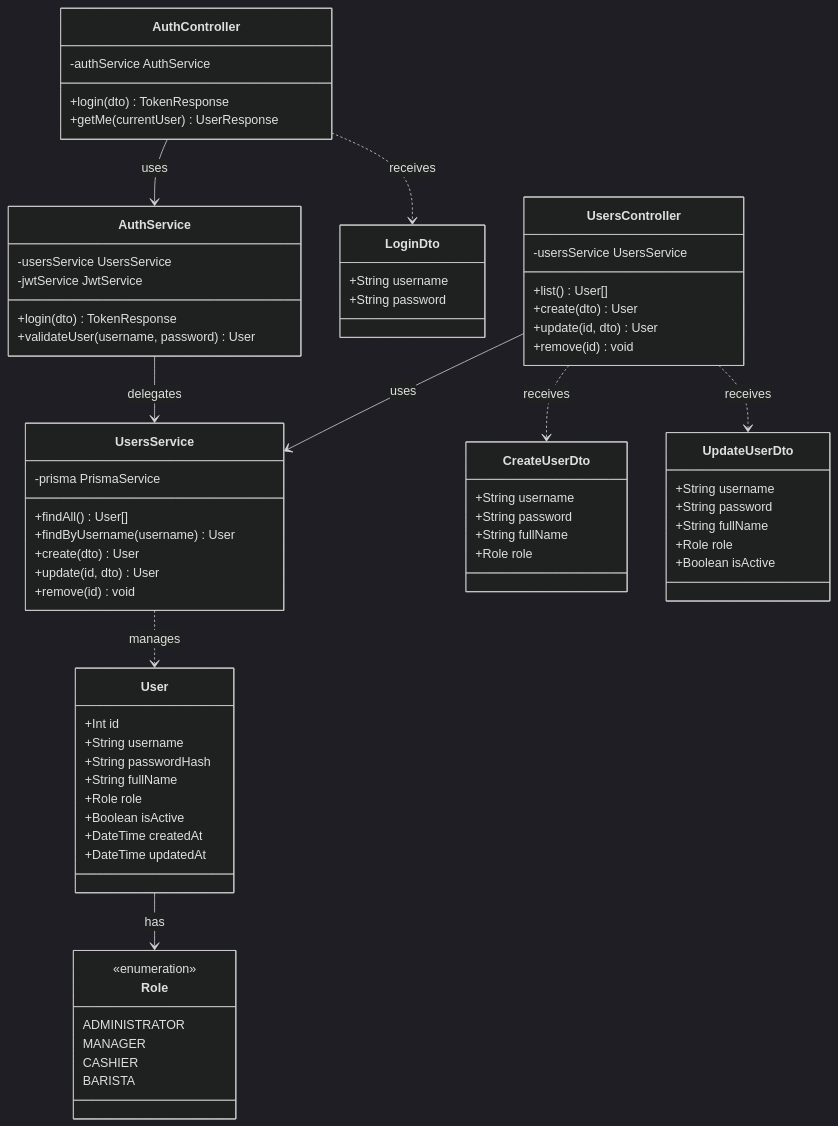
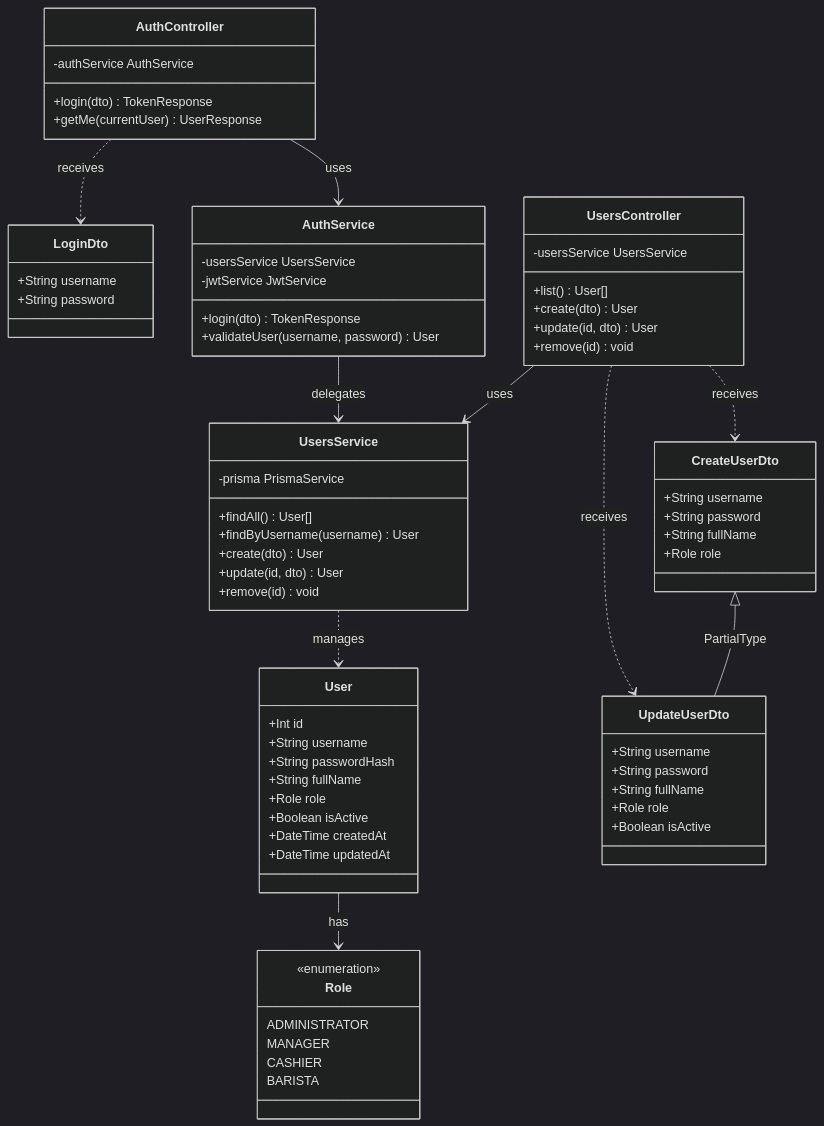
Before and after one commit to callmehai/Cafe-Shop-Management-System: the first of 17 diagrams in docs/class-diagrams.md, drawn with Mermaid (dark theme). The commit also changed other lines of this file, not shown here.

First line of the commit message:
docs: fix class diagram relationship arrow types

````diff
--- a/docs/class-diagrams.md
+++ b/docs/class-diagrams.md
@@ -14,80 +24,81 @@
 ```mermaid
 classDiagram
     class Role {
         <<enumeration>>
         ADMINISTRATOR
         MANAGER
         CASHIER
         BARISTA
     }
 
     class User {
         +Int id
         +String username
         +String passwordHash
         +String fullName
         +Role role
         +Boolean isActive
         +DateTime createdAt
         +DateTime updatedAt
     }
 
     class LoginDto {
         +String username
         +String password
     }
 
     class CreateUserDto {
         +String username
         +String password
         +String fullName
         +Role role
     }
 
     class UpdateUserDto {
         +String username
         +String password
         +String fullName
         +Role role
         +Boolean isActive
     }
 
     class AuthService {
         -usersService UsersService
         -jwtService JwtService
         +login(dto) TokenResponse
         +validateUser(username, password) User
     }
 
     class UsersService {
         -prisma PrismaService
         +findAll() User[]
         +findByUsername(username) User
         +create(dto) User
         +update(id, dto) User
         +remove(id) void
     }
 
     class AuthController {
         -authService AuthService
         +login(dto) TokenResponse
         +getMe(currentUser) UserResponse
     }
 
     class UsersController {
         -usersService UsersService
         +list() User[]
         +create(dto) User
         +update(id, dto) User
         +remove(id) void
     }
 
     User --> Role : has
     AuthController --> AuthService : uses
     AuthService --> UsersService : delegates
     UsersController --> UsersService : uses
     UsersService ..> User : manages
     AuthController ..> LoginDto : receives
     UsersController ..> CreateUserDto : receives
     UsersController ..> UpdateUserDto : receives
+    CreateUserDto <|-- UpdateUserDto : PartialType
 ```
````
